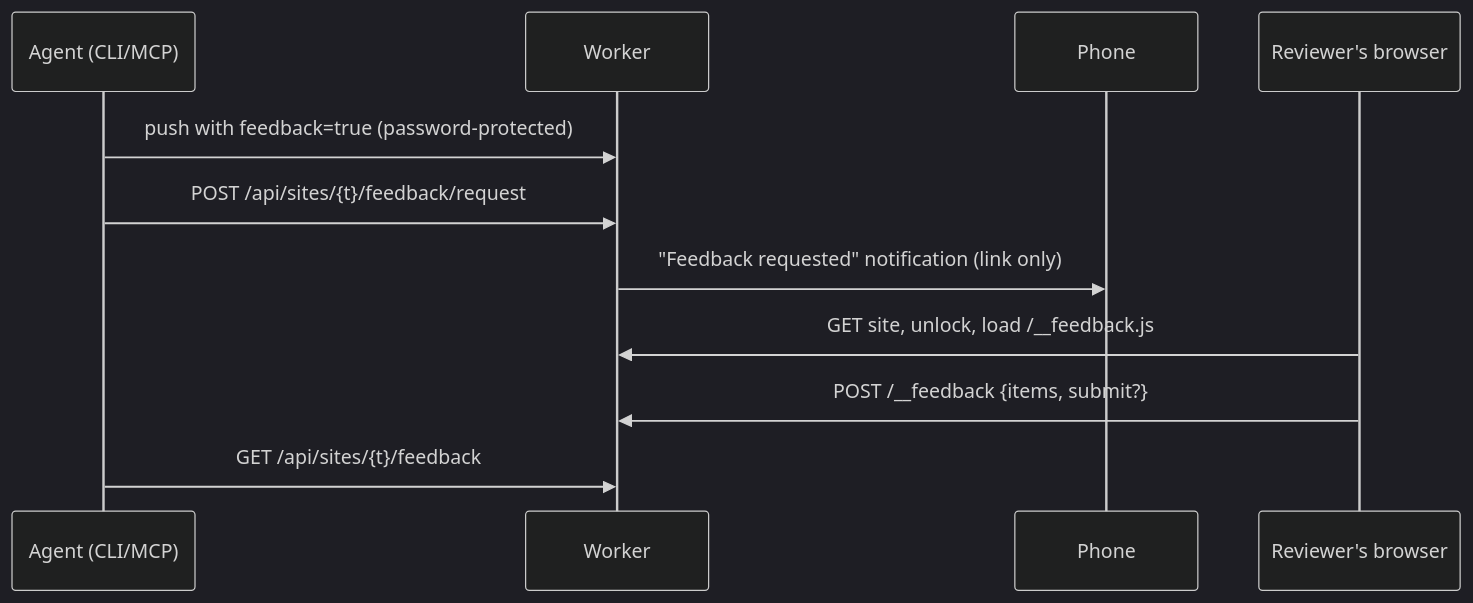
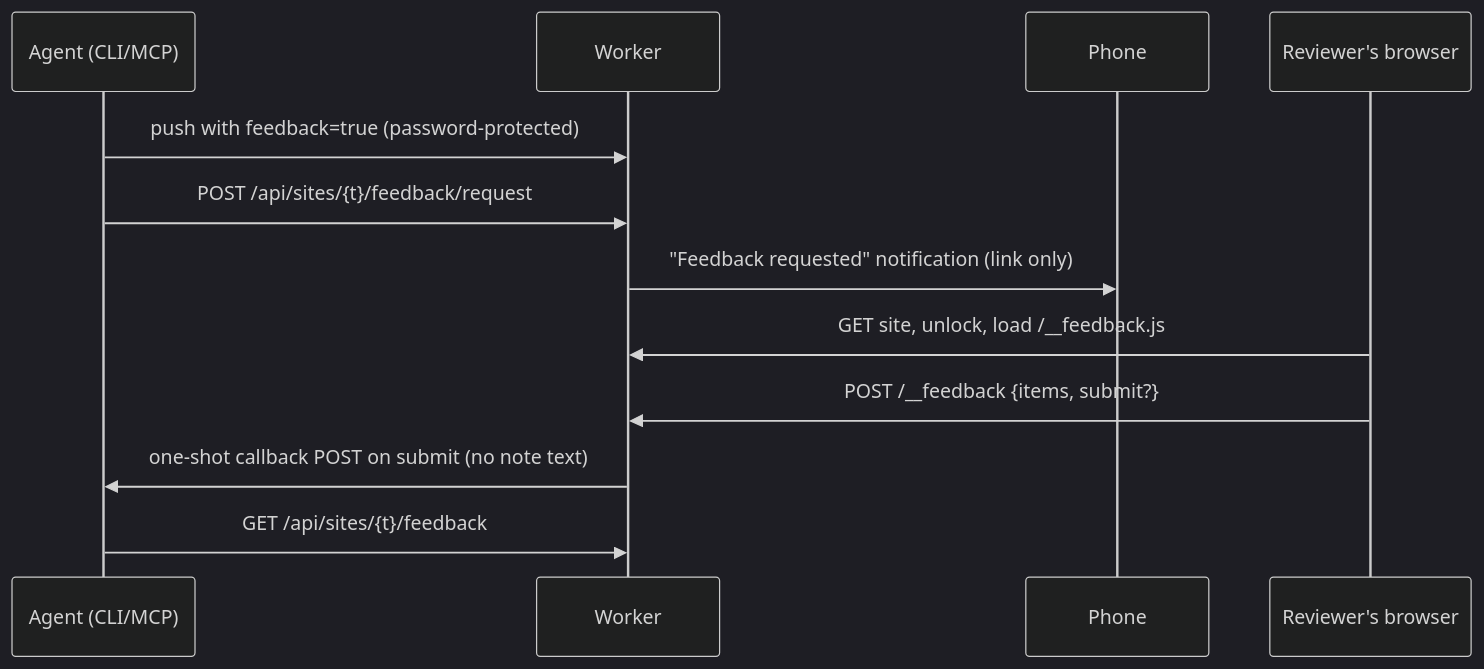
Before and after one commit to FelineStateMachine/nzip: the second of 5 diagrams in ARCHITECTURE.md, drawn with Mermaid (dark theme). The commit also changed other lines of this file and 20 other files, not shown here.

````diff
--- a/ARCHITECTURE.md
+++ b/ARCHITECTURE.md
@@ -103,13 +103,14 @@
 ```mermaid
 sequenceDiagram
     participant A as Agent (CLI/MCP)
     participant W as Worker
     participant P as Phone
     participant V as Reviewer's browser
     A->>W: push with feedback=true (password-protected)
     A->>W: POST /api/sites/{t}/feedback/request
     W->>P: "Feedback requested" notification (link only)
     V->>W: GET site, unlock, load /__feedback.js
     V->>W: POST /__feedback {items, submit?}
+    W->>A: one-shot callback POST on submit (no note text)
     A->>W: GET /api/sites/{t}/feedback
 ```
````
